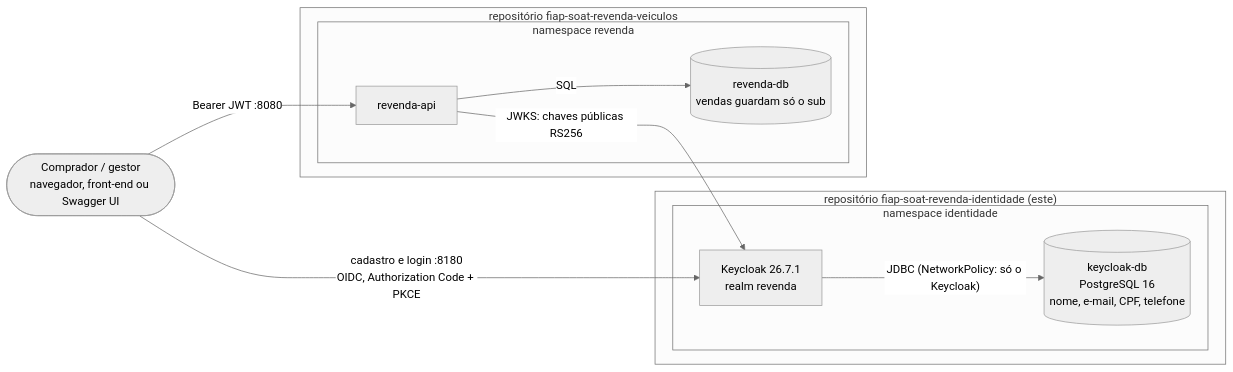
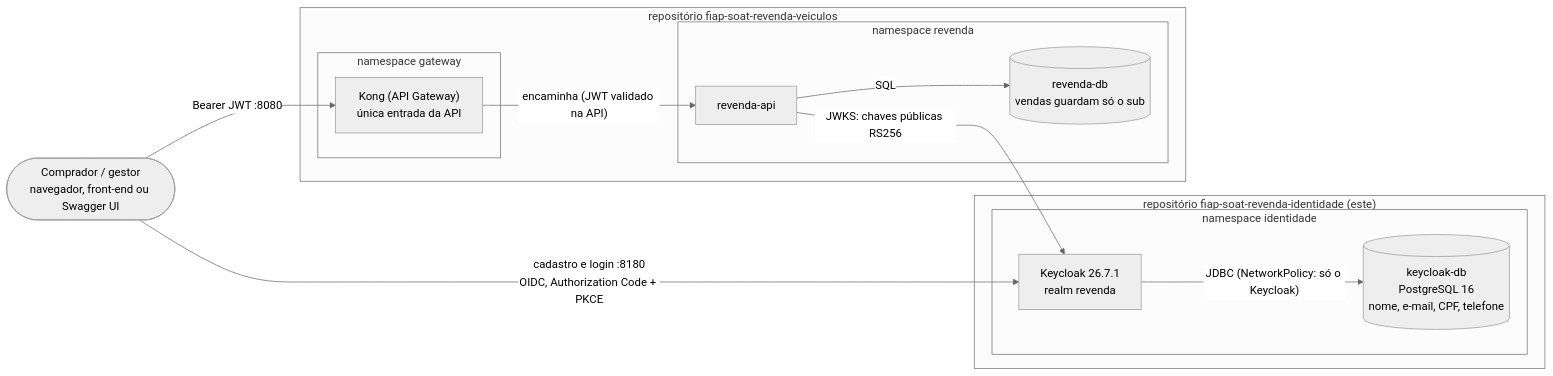
One commit to Caina-Climaco/fiap-soat-revenda-identidade changed the first of 2 diagrams in README.md. Above: the diagram before and after it, drawn with Mermaid (neutral theme). The commit also changed other lines of this file and 6 other files, not shown here.

First line of the commit message:
docs: portas do cluster, Kong no diagrama e ajustes de infra (#7)

````diff
--- a/README.md
+++ b/README.md
@@ -55,24 +55,28 @@
 ```mermaid
 flowchart LR
   navegador(["Comprador / gestor<br/>navegador, front-end ou Swagger UI"])
 
   subgraph RID["repositório fiap-soat-revenda-identidade (este)"]
     subgraph NSI["namespace identidade"]
       kc["Keycloak 26.7.1<br/>realm revenda"]
       dbk[("keycloak-db<br/>PostgreSQL 16<br/>nome, e-mail, CPF, telefone")]
     end
   end
 
   subgraph RAPI["repositório fiap-soat-revenda-veiculos"]
+    subgraph NSG["namespace gateway"]
+      kong["Kong (API Gateway)<br/>única entrada da API"]
+    end
     subgraph NSR["namespace revenda"]
       api["revenda-api"]
       dbr[("revenda-db<br/>vendas guardam só o sub")]
     end
   end
 
   navegador -->|"cadastro e login :8180<br/>OIDC, Authorization Code + PKCE"| kc
-  navegador -->|"Bearer JWT :8080"| api
+  navegador -->|"Bearer JWT :8080"| kong
+  kong -->|"encaminha (JWT validado na API)"| api
   api -->|"JWKS: chaves públicas RS256"| kc
   kc -->|"JDBC (NetworkPolicy: só o Keycloak)"| dbk
   api -->|"SQL"| dbr
 ```
````
